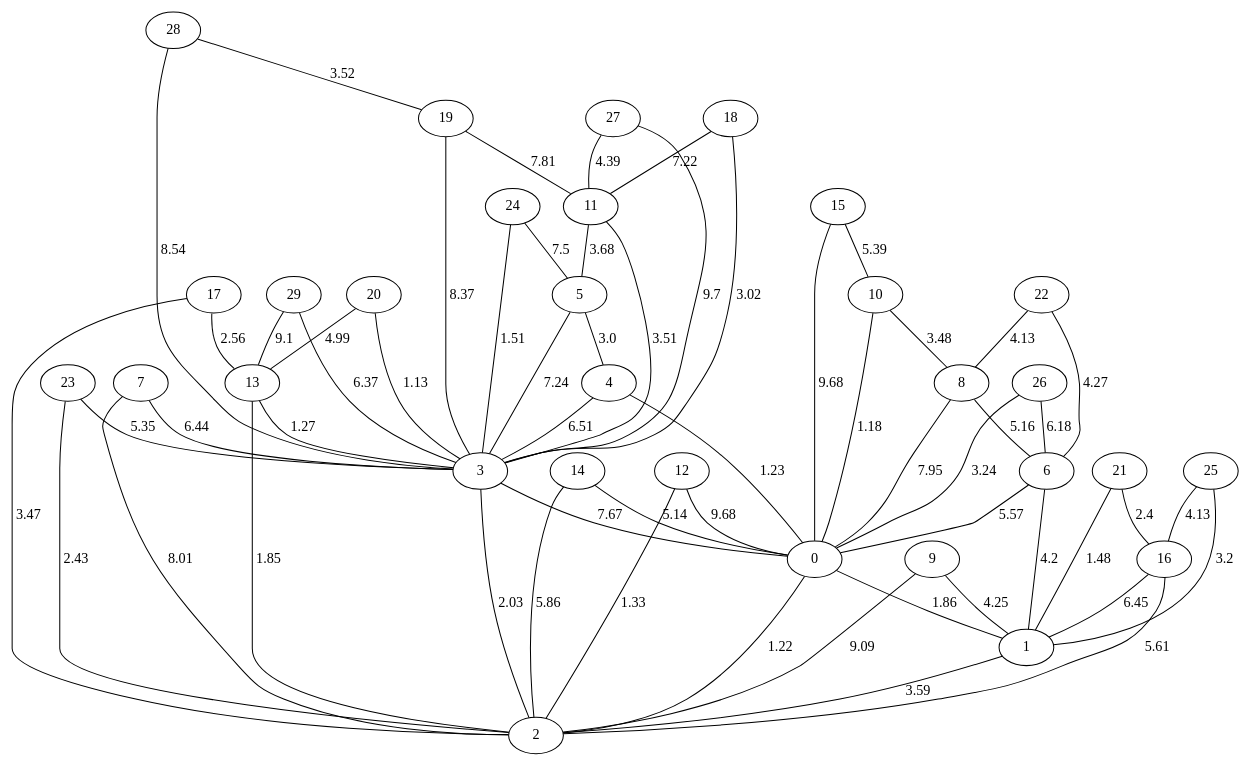
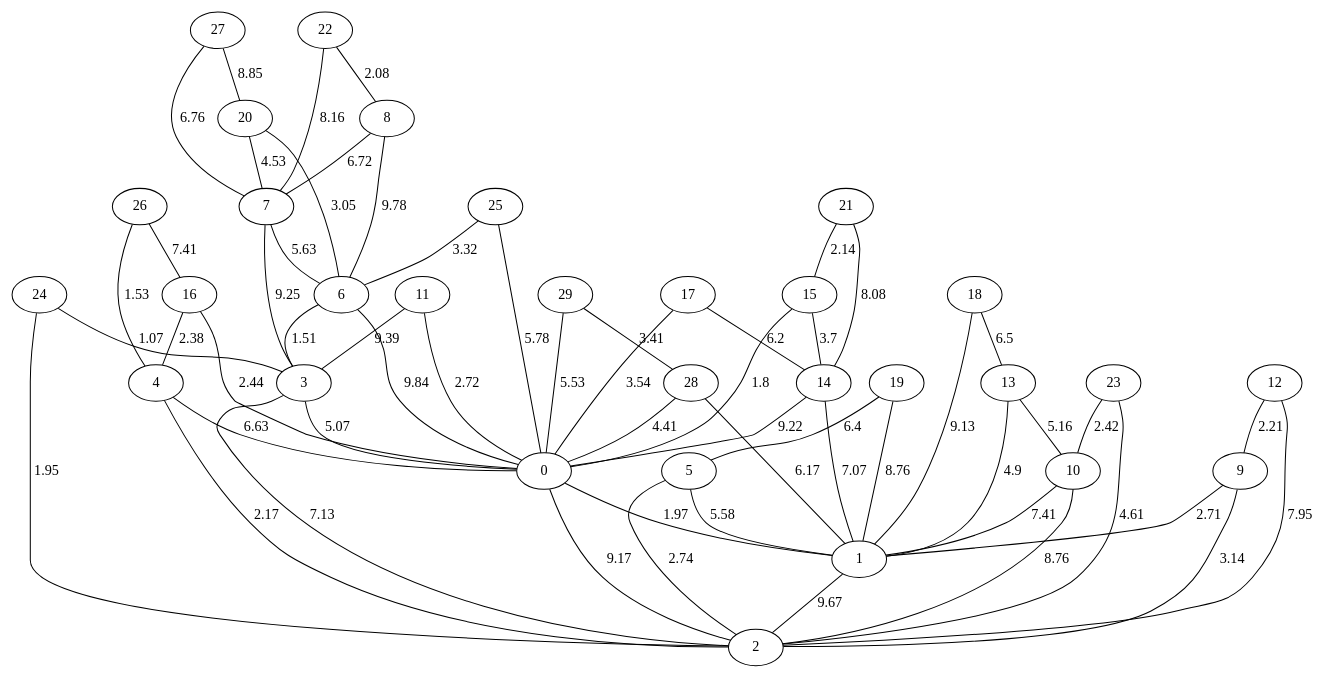
Before and after one commit to amorac4/DAA24: the diagram in Proyecto 4/Grafos Generados/grafo_Dorogovtsev-Mendes_30_no dirigido.gv, drawn with Graphviz. The commit also changed 65 other files, not shown here.

```diff
--- a/Proyecto 4/Grafos Generados/grafo_Dorogovtsev-Mendes_30_no dirigido.gv
+++ b/Proyecto 4/Grafos Generados/grafo_Dorogovtsev-Mendes_30_no dirigido.gv
@@ -1,89 +1,89 @@
 graph G {
 "0";
 "1";
 "2";
 "3";
 "4";
 "5";
 "6";
 "7";
 "8";
 "9";
 "10";
 "11";
 "12";
 "13";
 "14";
 "15";
 "16";
 "17";
 "18";
 "19";
 "20";
 "21";
 "22";
 "23";
 "24";
 "25";
 "26";
 "27";
 "28";
 "29";
-    "21" -- "1"[label="1.48", len="1.48"];
-    "14" -- "0"[label="5.14", len="5.14"];
-    "11" -- "3"[label="3.51", len="3.51"];
-    "15" -- "10"[label="5.39", len="5.39"];
-    "17" -- "13"[label="2.56", len="2.56"];
-    "6" -- "1"[label="4.2", len="4.2"];
-    "10" -- "0"[label="1.18", len="1.18"];
-    "12" -- "2"[label="1.33", len="1.33"];
-    "21" -- "16"[label="2.4", len="2.4"];
-    "28" -- "3"[label="8.54", len="8.54"];
-    "7" -- "3"[label="6.44", len="6.44"];
-    "3" -- "0"[label="7.67", len="7.67"];
-    "19" -- "11"[label="7.81", len="7.81"];
-    "1" -- "2"[label="3.59", len="3.59"];
-    "24" -- "3"[label="1.51", len="1.51"];
-    "25" -- "1"[label="3.2", len="3.2"];
-    "9" -- "2"[label="9.09", len="9.09"];
-    "15" -- "0"[label="9.68", len="9.68"];
-    "16" -- "1"[label="6.45", len="6.45"];
-    "20" -- "3"[label="1.13", len="1.13"];
-    "10" -- "8"[label="3.48", len="3.48"];
-    "23" -- "2"[label="2.43", len="2.43"];
-    "13" -- "2"[label="1.85", len="1.85"];
-    "27" -- "11"[label="4.39", len="4.39"];
-    "29" -- "13"[label="9.1", len="9.1"];
-    "4" -- "0"[label="1.23", len="1.23"];
-    "22" -- "6"[label="4.27", len="4.27"];
-    "25" -- "16"[label="4.13", len="4.13"];
-    "18" -- "11"[label="7.22", len="7.22"];
-    "20" -- "13"[label="4.99", len="4.99"];
-    "27" -- "3"[label="9.7", len="9.7"];
-    "16" -- "2"[label="5.61", len="5.61"];
-    "28" -- "19"[label="3.52", len="3.52"];
-    "11" -- "5"[label="3.68", len="3.68"];
-    "5" -- "4"[label="3.0", len="3.0"];
-    "13" -- "3"[label="1.27", len="1.27"];
-    "23" -- "3"[label="5.35", len="5.35"];
-    "24" -- "5"[label="7.5", len="7.5"];
-    "12" -- "0"[label="9.68", len="9.68"];
-    "3" -- "2"[label="2.03", len="2.03"];
-    "9" -- "1"[label="4.25", len="4.25"];
-    "19" -- "3"[label="8.37", len="8.37"];
-    "8" -- "0"[label="7.95", len="7.95"];
-    "14" -- "2"[label="5.86", len="5.86"];
-    "26" -- "6"[label="6.18", len="6.18"];
-    "17" -- "2"[label="3.47", len="3.47"];
-    "5" -- "3"[label="7.24", len="7.24"];
-    "0" -- "1"[label="1.86", len="1.86"];
-    "7" -- "2"[label="8.01", len="8.01"];
-    "8" -- "6"[label="5.16", len="5.16"];
-    "26" -- "0"[label="3.24", len="3.24"];
-    "22" -- "8"[label="4.13", len="4.13"];
-    "6" -- "0"[label="5.57", len="5.57"];
-    "18" -- "3"[label="3.02", len="3.02"];
-    "29" -- "3"[label="6.37", len="6.37"];
-    "4" -- "3"[label="6.51", len="6.51"];
-    "0" -- "2"[label="1.22", len="1.22"];
+    "17" -- "14"[label="6.2", len="6.2"];
+    "29" -- "28"[label="3.41", len="3.41"];
+    "0" -- "2"[label="9.17", len="9.17"];
+    "14" -- "0"[label="9.22", len="9.22"];
+    "11" -- "3"[label="9.39", len="9.39"];
+    "19" -- "5"[label="6.4", len="6.4"];
+    "16" -- "0"[label="2.44", len="2.44"];
+    "12" -- "2"[label="7.95", len="7.95"];
+    "7" -- "3"[label="9.25", len="9.25"];
+    "5" -- "2"[label="2.74", len="2.74"];
+    "3" -- "0"[label="5.07", len="5.07"];
+    "28" -- "0"[label="4.41", len="4.41"];
+    "1" -- "2"[label="9.67", len="9.67"];
+    "20" -- "7"[label="4.53", len="4.53"];
+    "24" -- "3"[label="1.07", len="1.07"];
+    "7" -- "6"[label="5.63", len="5.63"];
+    "9" -- "2"[label="3.14", len="3.14"];
+    "15" -- "0"[label="1.8", len="1.8"];
+    "14" -- "1"[label="7.07", len="7.07"];
+    "17" -- "0"[label="3.54", len="3.54"];
+    "5" -- "1"[label="5.58", len="5.58"];
+    "11" -- "0"[label="2.72", len="2.72"];
+    "23" -- "2"[label="4.61", len="4.61"];
+    "25" -- "6"[label="3.32", len="3.32"];
+    "6" -- "3"[label="1.51", len="1.51"];
+    "4" -- "0"[label="6.63", len="6.63"];
+    "10" -- "1"[label="7.41", len="7.41"];
+    "28" -- "1"[label="6.17", len="6.17"];
+    "29" -- "0"[label="5.53", len="5.53"];
+    "27" -- "20"[label="8.85", len="8.85"];
+    "25" -- "0"[label="5.78", len="5.78"];
+    "13" -- "1"[label="4.9", len="4.9"];
+    "13" -- "10"[label="5.16", len="5.16"];
+    "27" -- "7"[label="6.76", len="6.76"];
+    "10" -- "2"[label="8.76", len="8.76"];
+    "16" -- "4"[label="2.38", len="2.38"];
+    "19" -- "1"[label="8.76", len="8.76"];
+    "3" -- "2"[label="7.13", len="7.13"];
+    "9" -- "1"[label="2.71", len="2.71"];
+    "15" -- "14"[label="3.7", len="3.7"];
+    "26" -- "16"[label="7.41", len="7.41"];
+    "23" -- "10"[label="2.42", len="2.42"];
+    "24" -- "2"[label="1.95", len="1.95"];
+    "22" -- "7"[label="8.16", len="8.16"];
+    "0" -- "1"[label="1.97", len="1.97"];
+    "8" -- "6"[label="9.78", len="9.78"];
+    "22" -- "8"[label="2.08", len="2.08"];
+    "21" -- "15"[label="2.14", len="2.14"];
+    "18" -- "1"[label="9.13", len="9.13"];
+    "6" -- "0"[label="9.84", len="9.84"];
+    "20" -- "6"[label="3.05", len="3.05"];
+    "26" -- "4"[label="1.53", len="1.53"];
+    "18" -- "13"[label="6.5", len="6.5"];
+    "21" -- "14"[label="8.08", len="8.08"];
+    "8" -- "7"[label="6.72", len="6.72"];
+    "4" -- "2"[label="2.17", len="2.17"];
+    "12" -- "9"[label="2.21", len="2.21"];
 }
```
